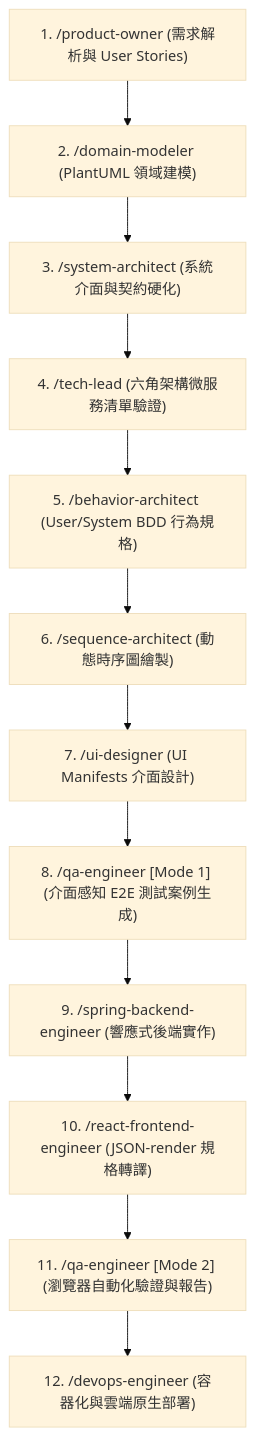
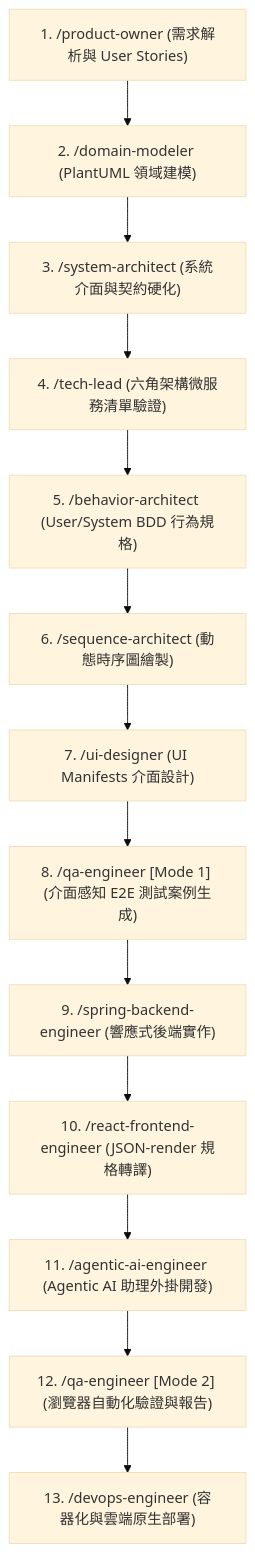
One commit to linuschien/score-assistant changed the diagram in README.md. Above: the diagram before and after it, drawn with Mermaid (base theme). The commit also changed other lines of this file, not shown here.

Commit message:
docs: update project documentation in README.md

````diff
--- a/README.md
+++ b/README.md
@@ -57,17 +57,18 @@
 ```mermaid
 graph TD
     PO["1. /product-owner (需求解析與 User Stories)"]
     DM["2. /domain-modeler (PlantUML 領域建模)"]
     SysA["3. /system-architect (系統介面與契約硬化)"]
     TL["4. /tech-lead (六角架構微服務清單驗證)"]
     BA["5. /behavior-architect (User/System BDD 行為規格)"]
     SA["6. /sequence-architect (動態時序圖繪製)"]
     UID["7. /ui-designer (UI Manifests 介面設計)"]
     QA1["8. /qa-engineer [Mode 1] (介面感知 E2E 測試案例生成)"]
     BE["9. /spring-backend-engineer (響應式後端實作)"]
     FE["10. /react-frontend-engineer (JSON-render 規格轉譯)"]
-    QA2["11. /qa-engineer [Mode 2] (瀏覽器自動化驗證與報告)"]
-    DE["12. /devops-engineer (容器化與雲端原生部署)"]
+    AAE["11. /agentic-ai-engineer (Agentic AI 助理外掛開發)"]
+    QA2["12. /qa-engineer [Mode 2] (瀏覽器自動化驗證與報告)"]
+    DE["13. /devops-engineer (容器化與雲端原生部署)"]
 
-    PO --> DM --> SysA --> TL --> BA --> SA --> UID --> QA1 --> BE --> FE --> QA2 --> DE
+    PO --> DM --> SysA --> TL --> BA --> SA --> UID --> QA1 --> BE --> FE --> AAE --> QA2 --> DE
 ```
````
